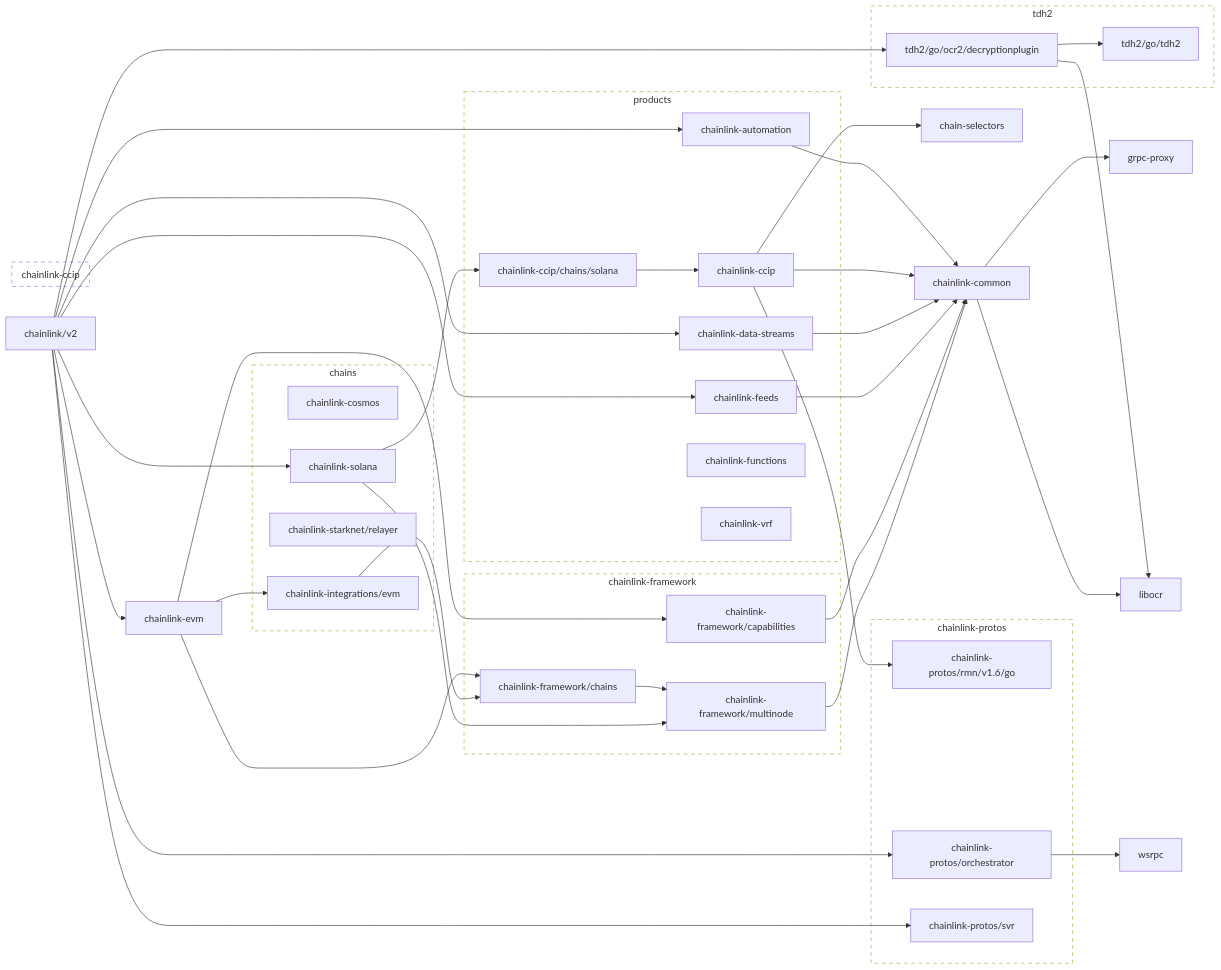
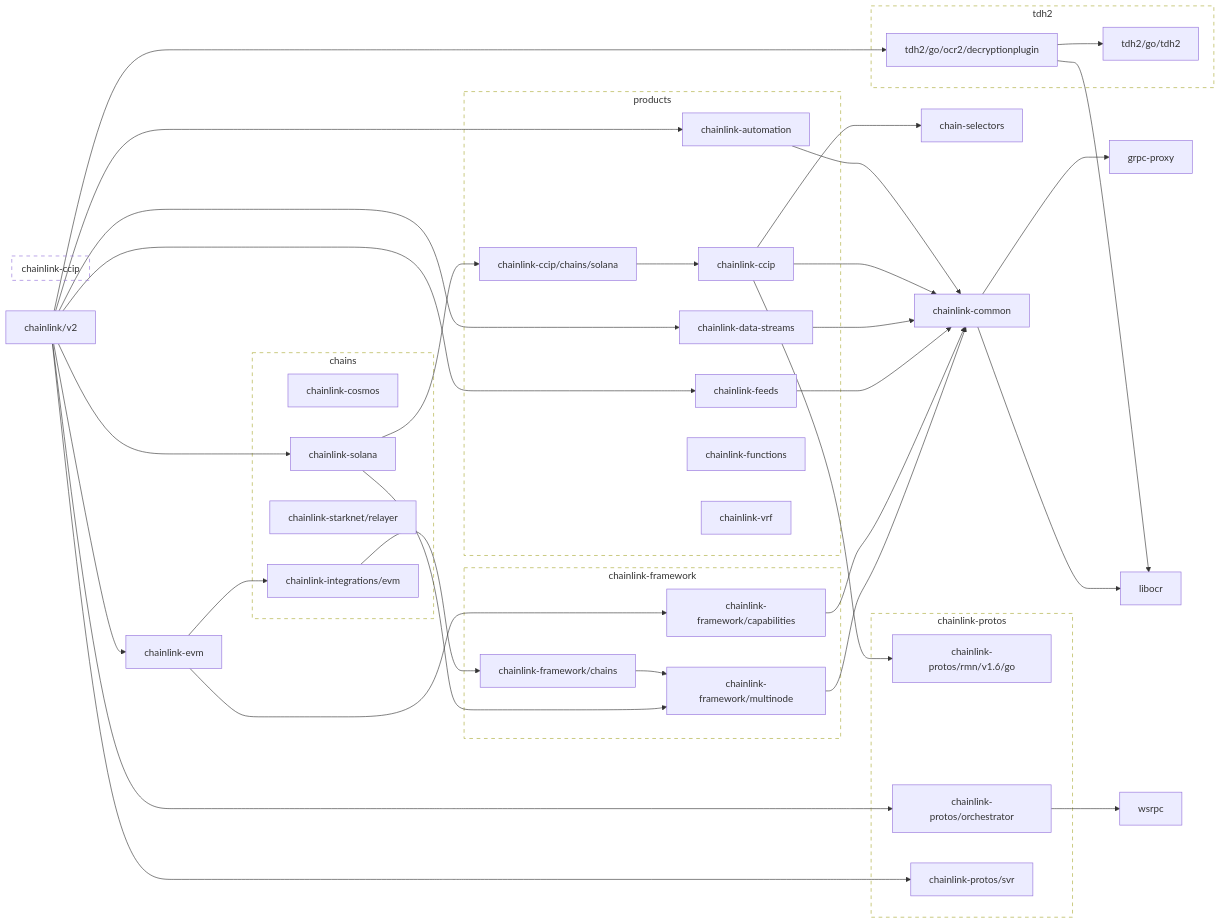
One commit to smartcontractkit/chainlink changed the first of 2 diagrams in go.md. Above: the diagram before and after it, drawn with Mermaid. The commit also changed other lines of this file, not shown here.

Commit message:
make gen

```diff
--- a/go.md
+++ b/go.md
@@ -38,7 +38,6 @@
 	chainlink-data-streams --> chainlink-common
 	click chainlink-data-streams href "https://github.com/smartcontractkit/chainlink-data-streams"
 	chainlink-evm --> chainlink-framework/capabilities
-	chainlink-evm --> chainlink-framework/chains
 	chainlink-evm --> chainlink-integrations/evm
 	click chainlink-evm href "https://github.com/smartcontractkit/chainlink-evm"
 	chainlink-feeds --> chainlink-common
```
